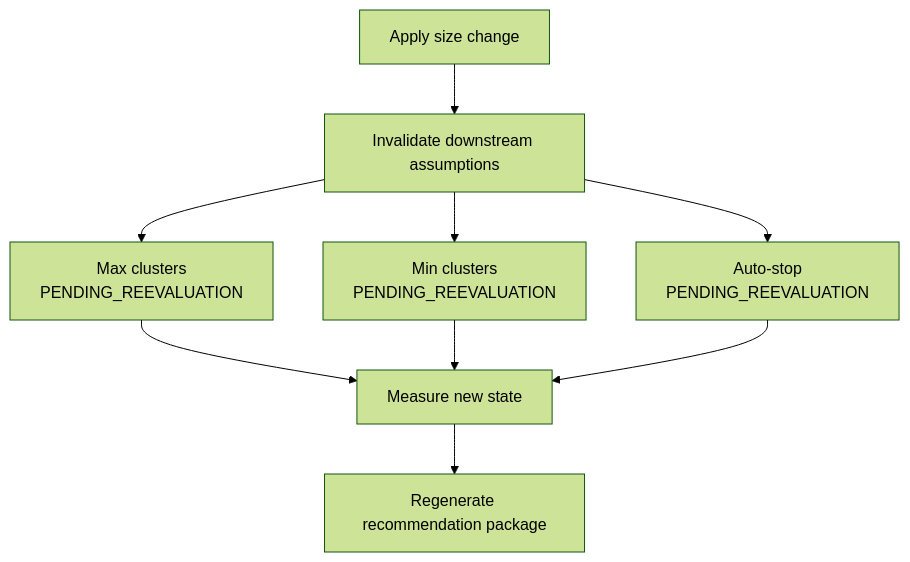
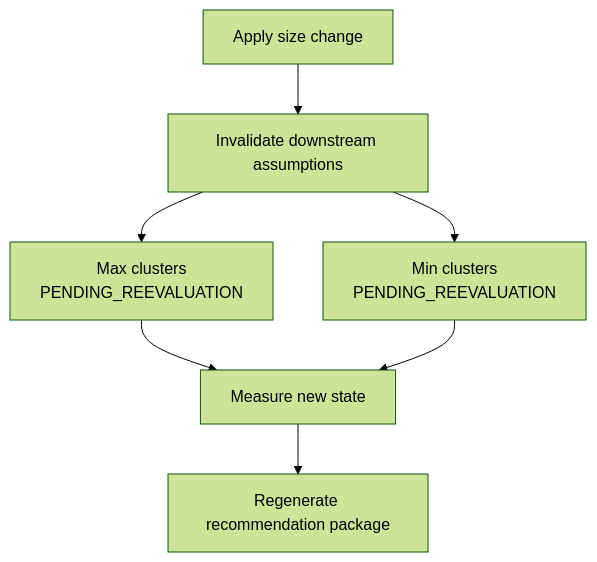
Diagram 13 of 19 in docs/architecture/context.md (thiaga-gk/expert-funicular), drawn with Mermaid (forest theme) before and after one commit. The commit also changed other lines of this file and 11 other files, not shown here.

````diff
--- a/docs/architecture/context.md
+++ b/docs/architecture/context.md
@@ -727,11 +725,9 @@
 ```mermaid
 flowchart TD
     SZ[Apply size change] --> INV[Invalidate downstream assumptions]
     INV --> MX[Max clusters\nPENDING_REEVALUATION]
     INV --> MN[Min clusters\nPENDING_REEVALUATION]
-    INV --> AS[Auto-stop\nPENDING_REEVALUATION]
     MX --> RM[Measure new state]
     MN --> RM
-    AS --> RM
     RM --> REGEN[Regenerate recommendation package]
 ```
````
